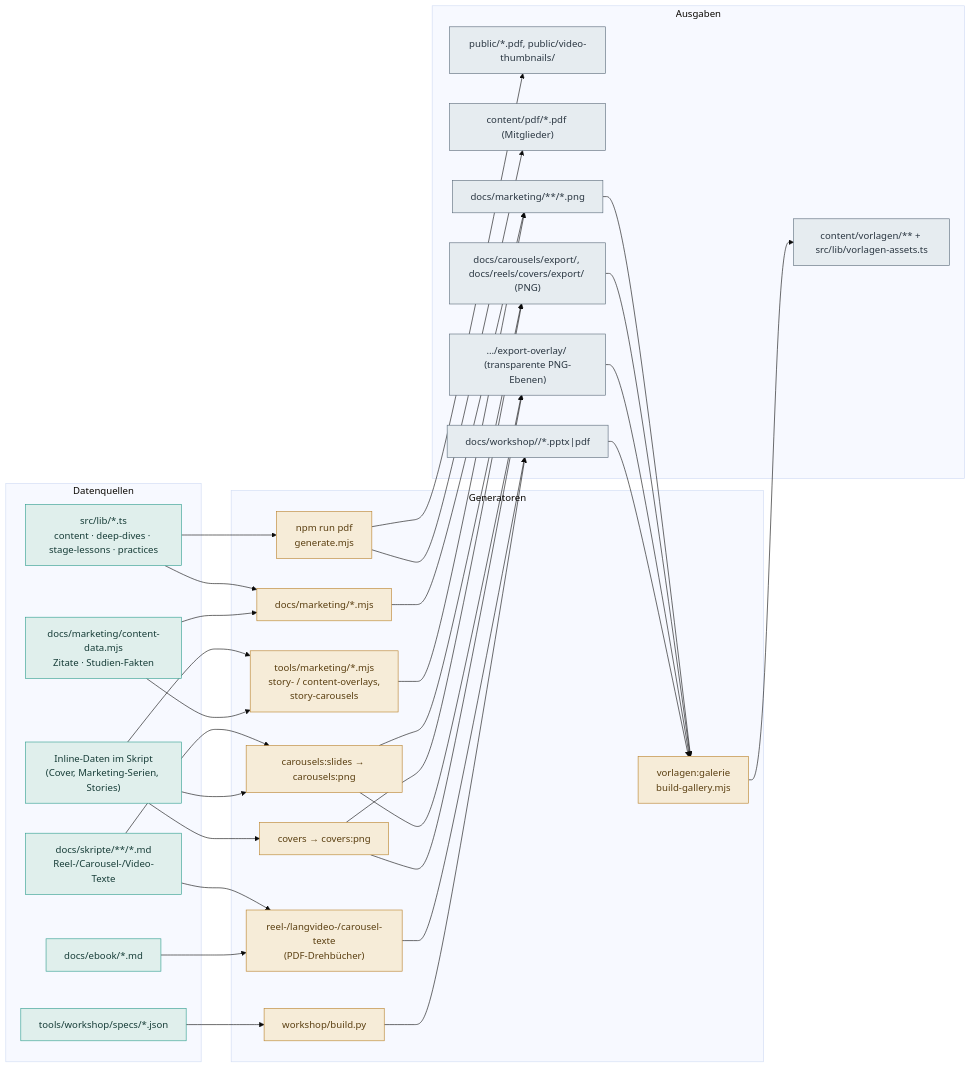
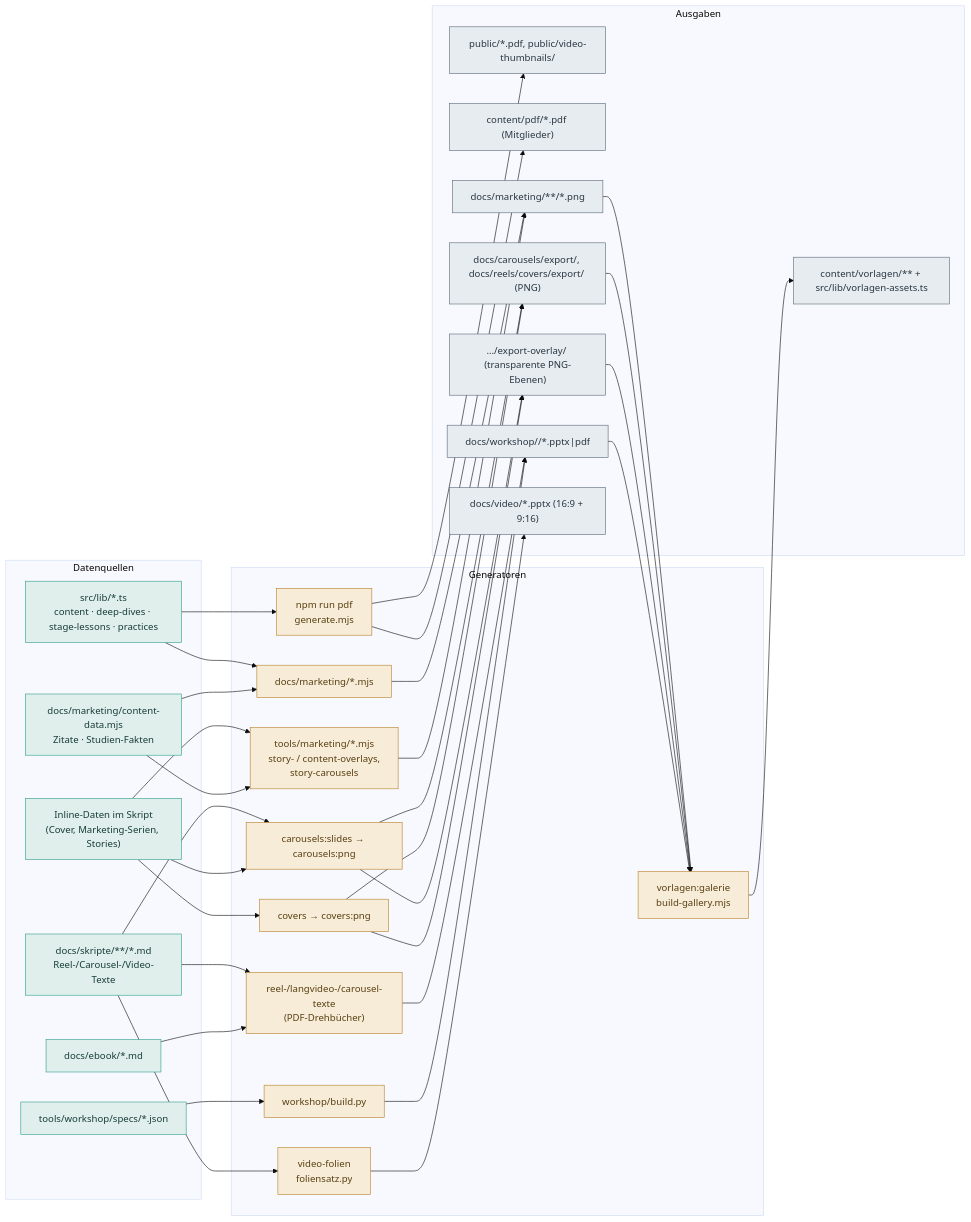
The diagram in docs/generatoren/README.md (Heiko888/werdemeisterdeinergedanken), drawn with Mermaid (base theme) before and after one commit. The commit also changed other lines of this file and 5 other files, not shown here.

First line of the commit message:
Video-Foliensatz-Generator im Creme-Branding (tools/video)

````diff
--- a/docs/generatoren/README.md
+++ b/docs/generatoren/README.md
@@ -25,54 +26,57 @@
 ```mermaid
 flowchart LR
   subgraph Q[Datenquellen]
     ts["src/lib/*.ts<br/>content · deep-dives · stage-lessons · practices"]:::src
     mdS["docs/skripte/**/*.md<br/>Reel-/Carousel-/Video-Texte"]:::src
     mdE["docs/ebook/*.md"]:::src
     spec["tools/workshop/specs/*.json"]:::src
     inl["Inline-Daten im Skript<br/>(Cover, Marketing-Serien, Stories)"]:::src
     cdat["docs/marketing/content-data.mjs<br/>Zitate · Studien-Fakten"]:::src
   end
 
   subgraph G[Generatoren]
     pdf["npm run pdf<br/>generate.mjs"]:::gen
     reel["reel-/langvideo-/carousel-texte<br/>(PDF-Drehbücher)"]:::gen
     car["carousels:slides → carousels:png"]:::gen
     cov["covers → covers:png"]:::gen
     mkt["docs/marketing/*.mjs"]:::gen
     ovl["tools/marketing/*.mjs<br/>story- / content-overlays,<br/>story-carousels"]:::gen
     wsh["workshop/build.py"]:::gen
+    fol["video-folien<br/>foliensatz.py"]:::gen
     gal["vorlagen:galerie<br/>build-gallery.mjs"]:::gen
   end
 
   subgraph O[Ausgaben]
     pub["public/*.pdf, public/video-thumbnails/"]:::out
     cpdf["content/pdf/*.pdf (Mitglieder)"]:::out
     exp["docs/carousels/export/, docs/reels/covers/export/ (PNG)"]:::out
     ovo["…/export-overlay/ (transparente PNG-Ebenen)"]:::out
     mko["docs/marketing/**/*.png"]:::out
     wso["docs/workshop/<slug>/*.pptx|pdf"]:::out
+    vid["docs/video/*.pptx (16:9 + 9:16)"]:::out
     cvor["content/vorlagen/** + src/lib/vorlagen-assets.ts"]:::out
   end
 
   ts --> pdf --> pub & cpdf
   ts --> mkt --> mko
   inl --> ovl --> mko
   cdat --> ovl
   cdat --> mkt
   mdS --> reel --> wso
   mdE --> reel
   mdS --> car --> exp & ovo
   inl --> cov --> exp & ovo
   inl --> car
   spec --> wsh --> wso
+  mdS --> fol --> vid
 
   mko --> gal
   exp --> gal
   ovo --> gal
   wso --> gal
   gal --> cvor
 
   classDef src fill:#e0efec,stroke:#2f9e8f,color:#173d38;
   classDef gen fill:#f6ecd8,stroke:#b9822b,color:#5a3f11;
   classDef out fill:#e6ecf0,stroke:#5b6b7a,color:#2b3742;
 ```
````
